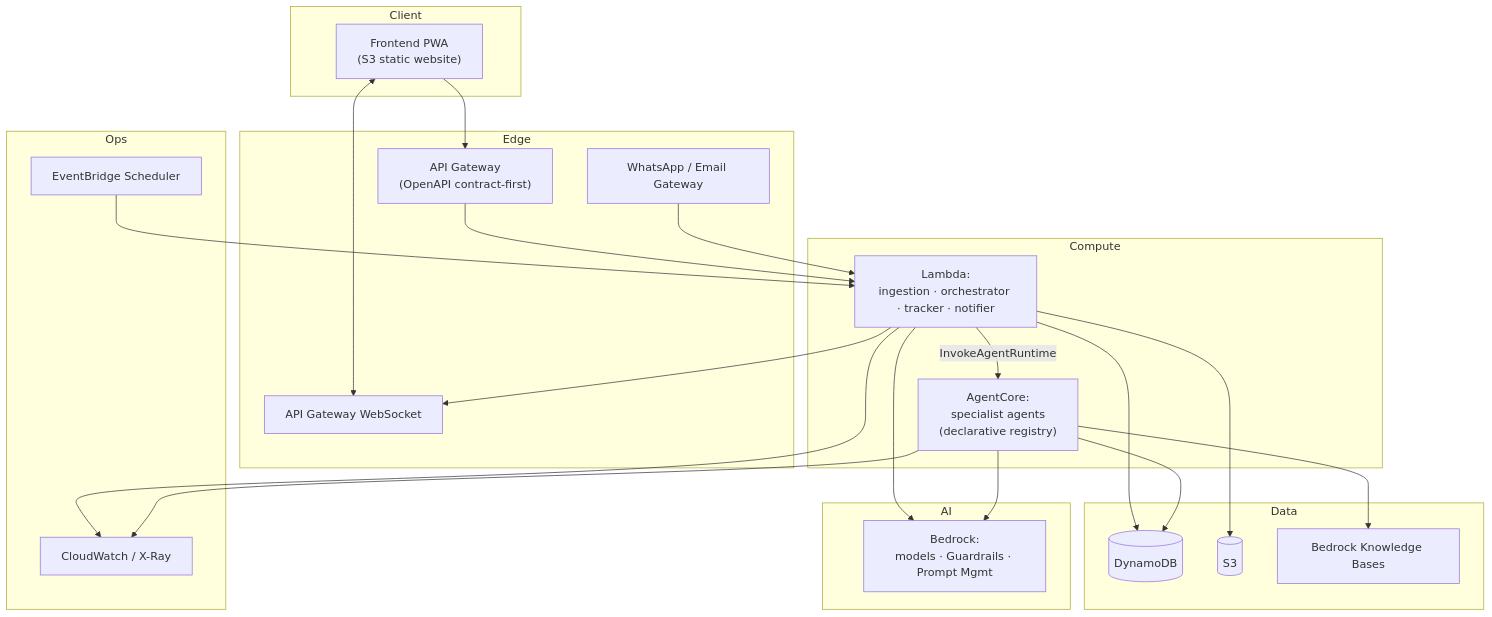
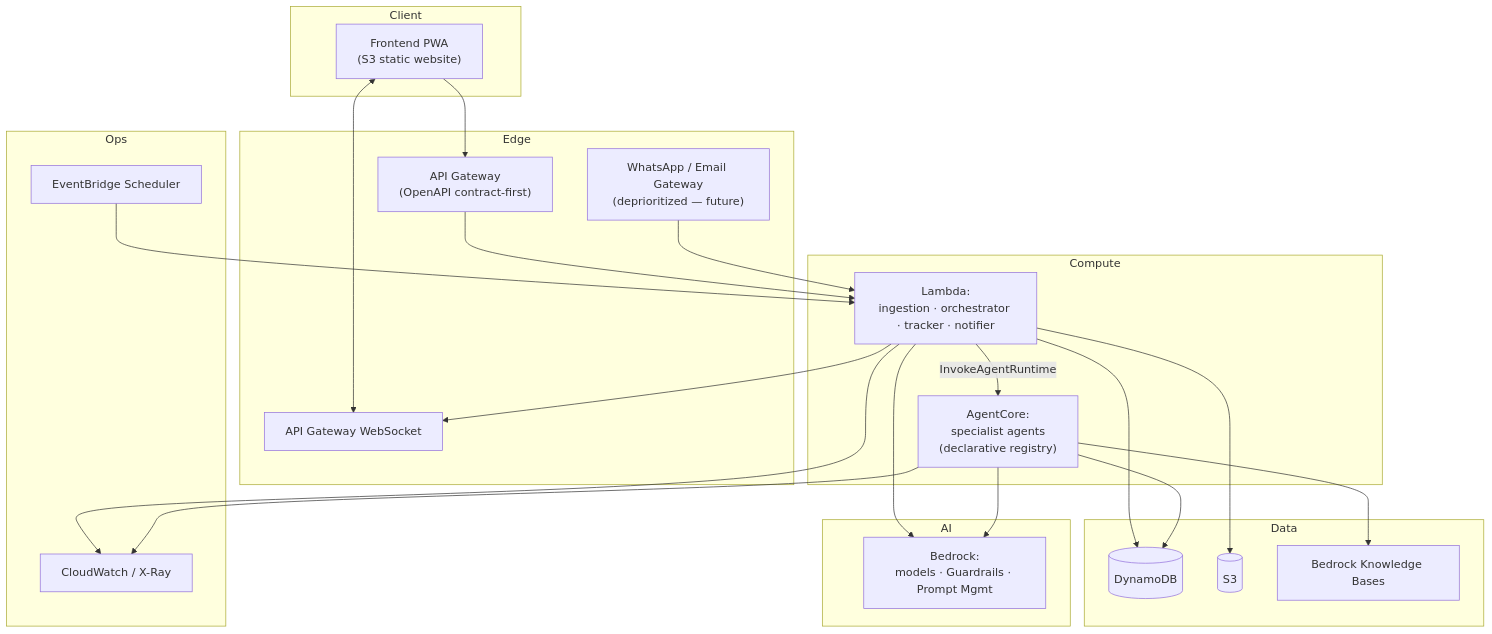
The fifth of 9 diagrams in docs/architecture/architecture.md (prashant-baj/tendril), drawn with Mermaid before and after one commit. The commit also changed other lines of this file and 4 other files, not shown here.

Commit message:
docs: update HITL implementation to prioritize web UI over WhatsApp; reflect changes in backlog and ADRs

````diff
--- a/docs/architecture/architecture.md
+++ b/docs/architecture/architecture.md
@@ -252,42 +252,42 @@
 ```mermaid
 flowchart TB
   subgraph Client
     FE["Frontend PWA<br/>(S3 static website)"]
   end
   subgraph Edge
     APIGW["API Gateway<br/>(OpenAPI contract-first)"]
     WSAPI["API Gateway WebSocket"]
-    WA["WhatsApp / Email Gateway"]
+    WA["WhatsApp / Email Gateway<br/>(deprioritized — future)"]
   end
   subgraph Compute
     L["Lambda:<br/>ingestion · orchestrator · tracker · notifier"]
     AC["AgentCore:<br/>specialist agents<br/>(declarative registry)"]
   end
   subgraph Data
     DDB[("DynamoDB")]
     S3[("S3")]
     KB["Bedrock Knowledge Bases"]
   end
   subgraph AI
     BR["Bedrock:<br/>models · Guardrails · Prompt Mgmt"]
   end
   subgraph Ops
     EB["EventBridge Scheduler"]
     CW["CloudWatch / X-Ray"]
   end
   FE --> APIGW
   FE <--> WSAPI
   APIGW --> L
   WA --> L
   EB --> L
   L -->|InvokeAgentRuntime| AC
   L --> BR
   AC --> BR
   L --> DDB
   AC --> DDB
   L --> S3
   AC --> KB
   L --> WSAPI
   L --> CW
   AC --> CW
 ```
````
